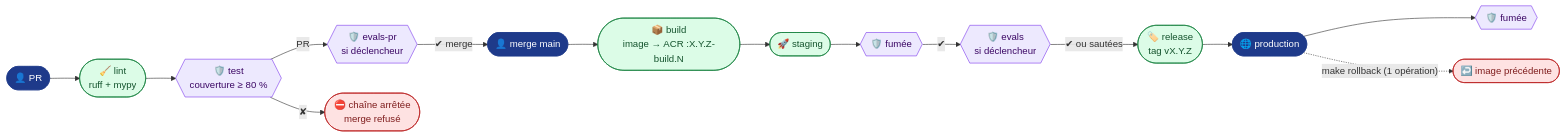
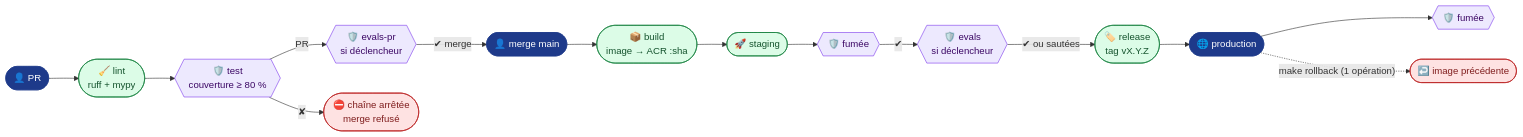
One commit to acerolaz/agentinsurflow changed the diagram in README.md. Above: the diagram before and after it, drawn with Mermaid. The commit also changed other lines of this file and 10 other files, not shown here.

First line of the commit message:
X.Y.Z-build.N devient la version du manifeste ; l'image reprend le SHA

````diff
--- a/README.md
+++ b/README.md
@@ -10,17 +10,17 @@
 ```mermaid
 flowchart LR
     PR(["👤 PR"]) --> L(["🧹 lint<br/>ruff + mypy"]) --> T{{"🛡️ test<br/>couverture ≥ 80 %"}}
     T -- "PR" --> EP{{"🛡️ evals-pr<br/>si déclencheur"}} -- "✔ merge" --> M(["👤 merge main"])
-    M --> B(["📦 build<br/>image → ACR :X.Y.Z-build.N"]) --> S(["🚀 staging"]) --> FS{{"🛡️ fumée"}}
+    M --> B(["📦 build<br/>image → ACR :sha"]) --> S(["🚀 staging"]) --> FS{{"🛡️ fumée"}}
     FS -- "✔" --> EV{{"🛡️ evals<br/>si déclencheur"}} -- "✔ ou sautées" --> R(["🏷️ release<br/>tag vX.Y.Z"]) --> P(["🌐 production"]) --> FP{{"🛡️ fumée"}}
     T -- "✘" --> X(["⛔ chaîne arrêtée<br/>merge refusé"])
     P -. "make rollback (1 opération)" .-> RB(["↩️ image précédente"])
     classDef plat fill:#1E3A8A,stroke:#1E3A8A,color:#fff
     classDef ok fill:#DCFCE7,stroke:#15803D,color:#14532D
     classDef ko fill:#FEE2E2,stroke:#B91C1C,color:#7F1D1D
     classDef gate fill:#EDE9FE,stroke:#7C3AED,color:#3B0764
     class PR,M,P plat
     class L,B,S,R ok
     class X,RB ko
     class T,EP,FS,EV,FP gate
 ```
````
